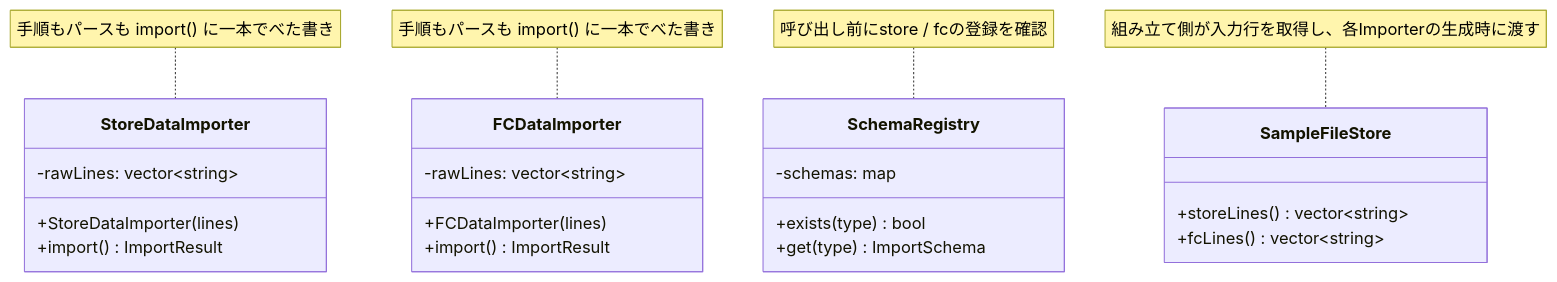
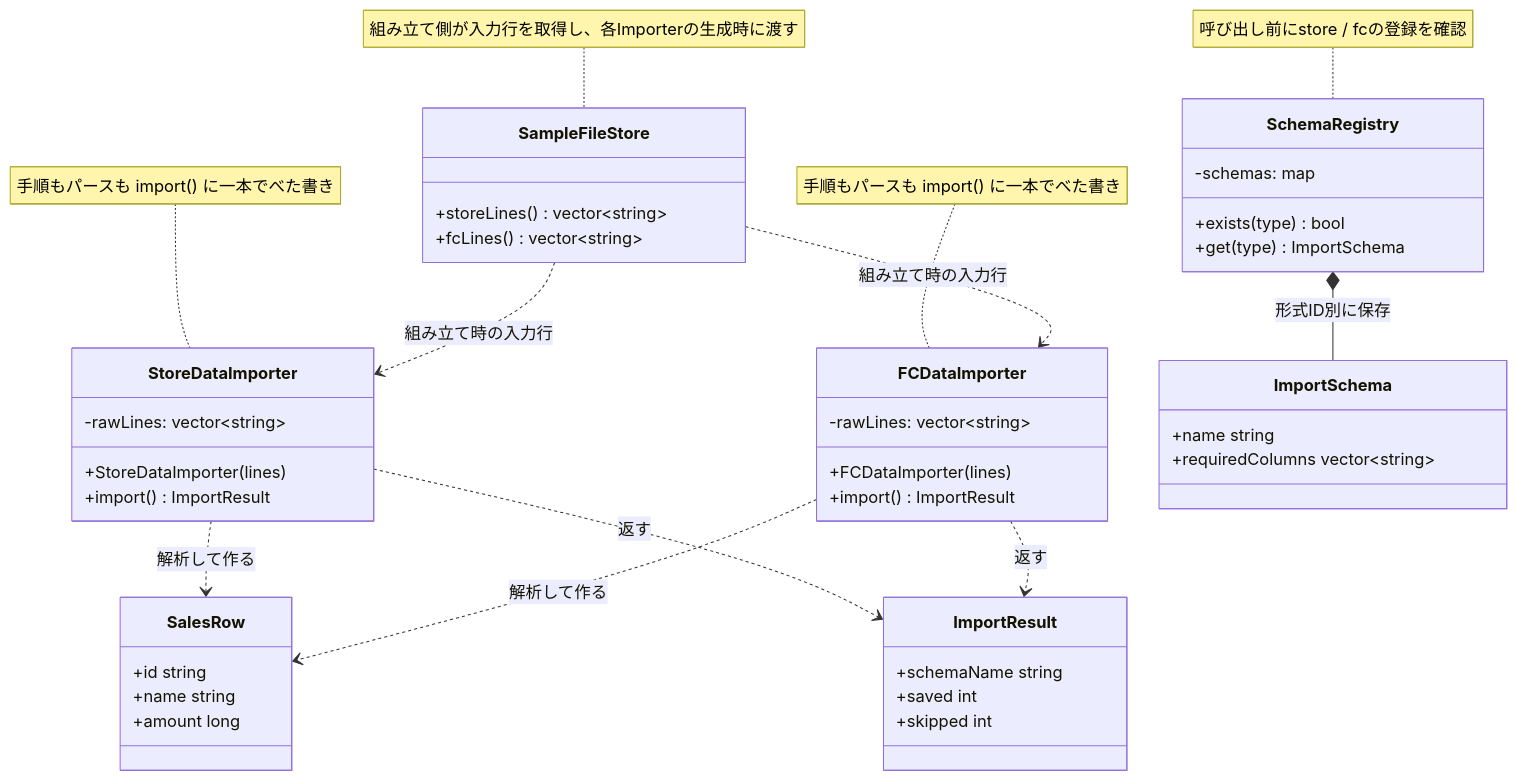
One commit to kumachan1101-pixel/DesignPattern changed the third of 14 diagrams in kindle/design-patterns/output/chapter04.md. Above: the diagram before and after it, drawn with Mermaid. The commit also changed other lines of this file and 14 other files, not shown here.

Commit message:
全章の仕様図と変更対象外基盤を整合

````diff
--- a/kindle/design-patterns/output/chapter04.md
+++ b/kindle/design-patterns/output/chapter04.md
@@ -172,27 +200,48 @@
 ```mermaid
 classDiagram
     class StoreDataImporter {
         -rawLines: vector~string~
         +StoreDataImporter(lines)
         +import() ImportResult
     }
     class FCDataImporter {
         -rawLines: vector~string~
         +FCDataImporter(lines)
         +import() ImportResult
     }
     class SchemaRegistry {
         -schemas: map
         +exists(type) bool
         +get(type) ImportSchema
     }
     class SampleFileStore {
         +storeLines() vector~string~
         +fcLines() vector~string~
     }
+    class SalesRow {
+        +id string
+        +name string
+        +amount long
+    }
+    class ImportResult {
+        +schemaName string
+        +saved int
+        +skipped int
+    }
+    class ImportSchema {
+        +name string
+        +requiredColumns vector~string~
+    }
+    StoreDataImporter ..> SalesRow : 解析して作る
+    FCDataImporter ..> SalesRow : 解析して作る
+    StoreDataImporter ..> ImportResult : 返す
+    FCDataImporter ..> ImportResult : 返す
+    SchemaRegistry *-- ImportSchema : 形式ID別に保存
+    SampleFileStore ..> StoreDataImporter : 組み立て時の入力行
+    SampleFileStore ..> FCDataImporter : 組み立て時の入力行
     note for StoreDataImporter "手順もパースも import() に一本でべた書き"
     note for FCDataImporter "手順もパースも import() に一本でべた書き"
     note for SchemaRegistry "呼び出し前にstore / fcの登録を確認"
     note for SampleFileStore "組み立て側が入力行を取得し、各Importerの生成時に渡す"
 
 ```
````
